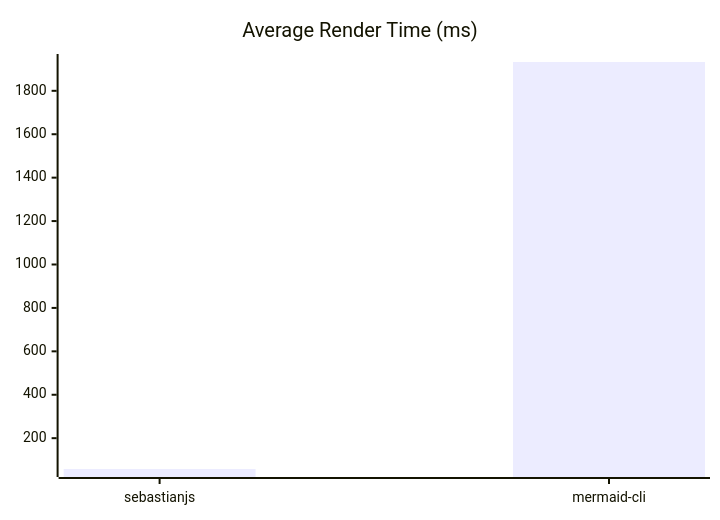
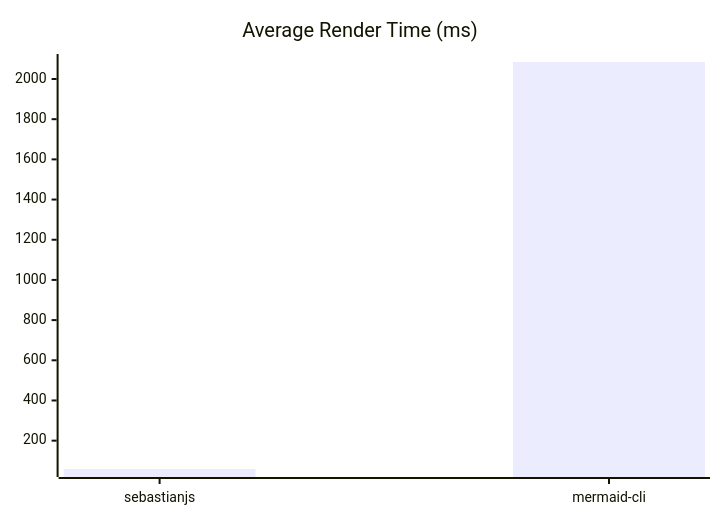
One commit to creadri/sebastianjs changed the diagram in README.md. Above: the diagram before and after it, drawn with Mermaid. The commit also changed other lines of this file and 99 other files, not shown here.

````diff
--- a/README.md
+++ b/README.md
@@ -192,6 +223,6 @@
 ```mermaid
 xychart-beta
   title "Average Render Time (ms)"
   x-axis [sebastianjs, mermaid-cli]
-  bar [58.02, 1932.72]
+  bar [58.96, 2084.59]
 ```
````
